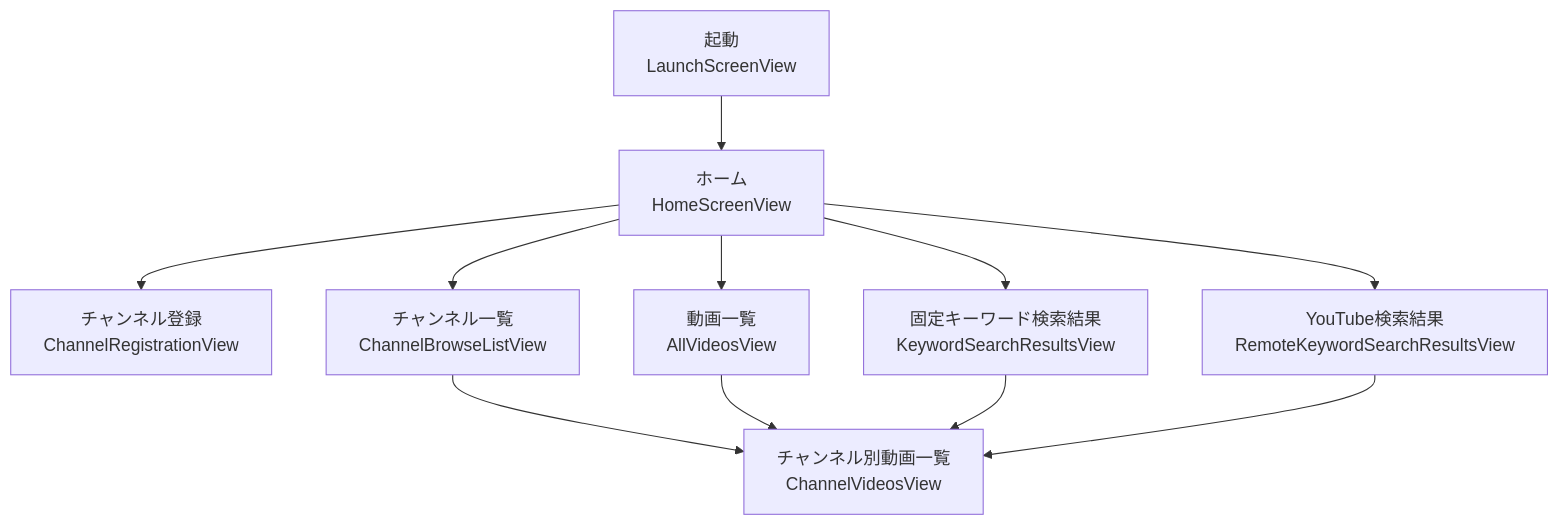
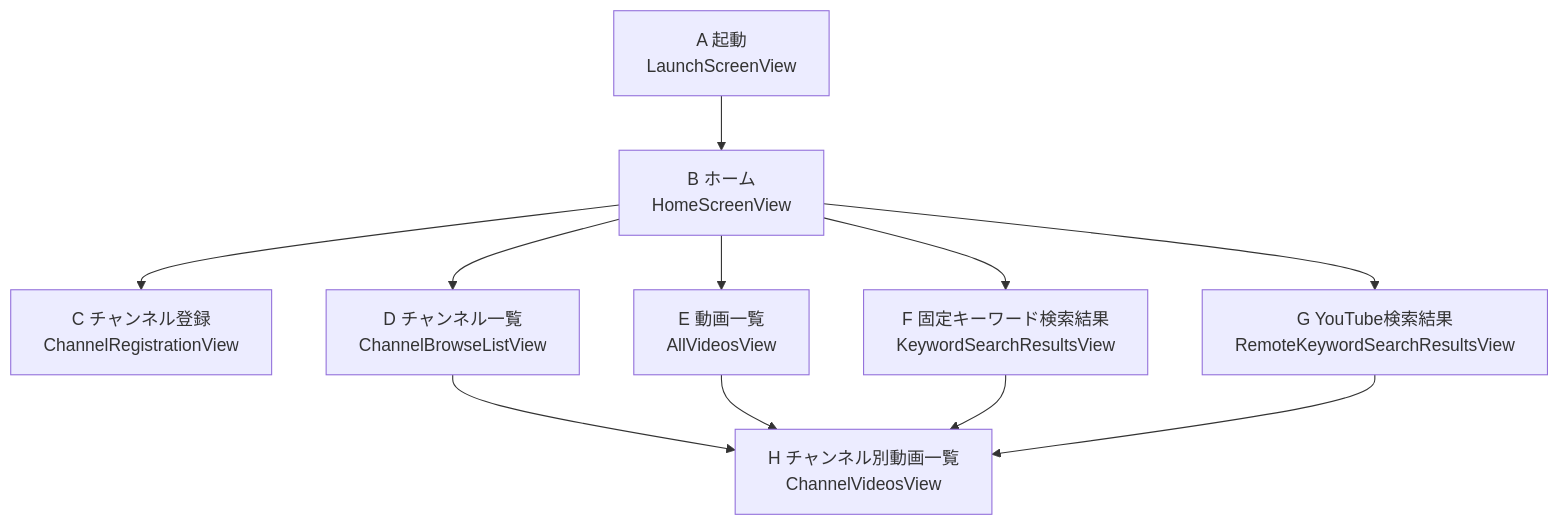
The diagram in docs/human-view/gui.md (horikuma/YoutubeFeeder), drawn with Mermaid before and after one commit. The commit also changed other lines of this file and 10 other files, not shown here.

````diff
--- a/docs/human-view/gui.md
+++ b/docs/human-view/gui.md
@@ -7,13 +7,13 @@
 ```mermaid
 flowchart TD
-    A["起動\nLaunchScreenView"] --> B["ホーム\nHomeScreenView"]
-    B --> C["チャンネル登録\nChannelRegistrationView"]
-    B --> D["チャンネル一覧\nChannelBrowseListView"]
-    B --> E["動画一覧\nAllVideosView"]
-    B --> F["固定キーワード検索結果\nKeywordSearchResultsView"]
-    B --> G["YouTube検索結果\nRemoteKeywordSearchResultsView"]
-    D --> H["チャンネル別動画一覧\nChannelVideosView"]
+    A["A 起動\nLaunchScreenView"] --> B["B ホーム\nHomeScreenView"]
+    B --> C["C チャンネル登録\nChannelRegistrationView"]
+    B --> D["D チャンネル一覧\nChannelBrowseListView"]
+    B --> E["E 動画一覧\nAllVideosView"]
+    B --> F["F 固定キーワード検索結果\nKeywordSearchResultsView"]
+    B --> G["G YouTube検索結果\nRemoteKeywordSearchResultsView"]
+    D --> H["H チャンネル別動画一覧\nChannelVideosView"]
     E --> H
     F --> H
     G --> H
 ```
````
